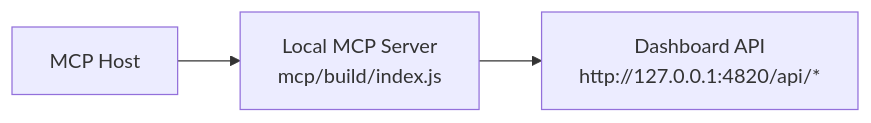
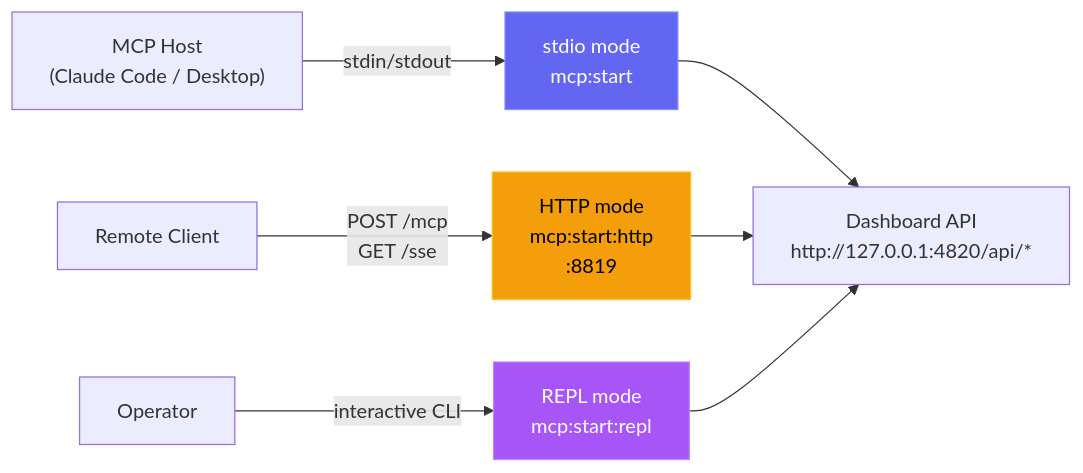
The diagram in INSTALL.md (fadighattas100/Claude-Code-Agent-Monitor), drawn with Mermaid before and after one commit. The commit also changed other lines of this file and 27 other files, not shown here.

Commit message:
feat: add support for multiple transport modes in MCP server configuration

````diff
--- a/INSTALL.md
+++ b/INSTALL.md
@@ -113,5 +117,14 @@
 ```mermaid
 graph LR
-  HOST["MCP Host"] --> MCP["Local MCP Server<br/>mcp/build/index.js"]
-  MCP --> API["Dashboard API<br/>http://127.0.0.1:4820/api/*"]
+    HOST["MCP Host<br/>(Claude Code / Desktop)"] -->|"stdin/stdout"| STDIO["stdio mode<br/>mcp:start"]
+    RC["Remote Client"] -->|"POST /mcp<br/>GET /sse"| HTTP["HTTP mode<br/>mcp:start:http<br/>:8819"]
+    OP["Operator"] -->|"interactive CLI"| REPL["REPL mode<br/>mcp:start:repl"]
+
+    STDIO --> API["Dashboard API<br/>http://127.0.0.1:4820/api/*"]
+    HTTP --> API
+    REPL --> API
+
+    style STDIO fill:#6366f1,stroke:#818cf8,color:#fff
+    style HTTP fill:#f59e0b,stroke:#fbbf24,color:#000
+    style REPL fill:#a855f7,stroke:#c084fc,color:#fff
 ```
````
